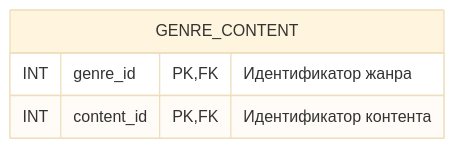
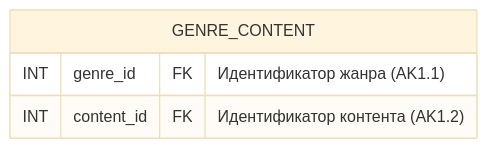
Before and after one commit to go-park-mail-ru/2024_1_Cyberkotletki: diagram 18 of 21 in db/normalized/relations.md, drawn with Mermaid (base theme). The commit also changed other lines of this file and 2 other files, not shown here.

````diff
--- a/db/normalized/relations.md
+++ b/db/normalized/relations.md
@@ -335,7 +463,7 @@
 ```mermaid
 erDiagram
     GENRE_CONTENT {
-        INT genre_id PK, FK "Идентификатор жанра"
-        INT content_id PK, FK "Идентификатор контента"
+        INT genre_id FK "Идентификатор жанра (AK1.1)"
+        INT content_id FK "Идентификатор контента (AK1.2)"
     }
 ```
````
